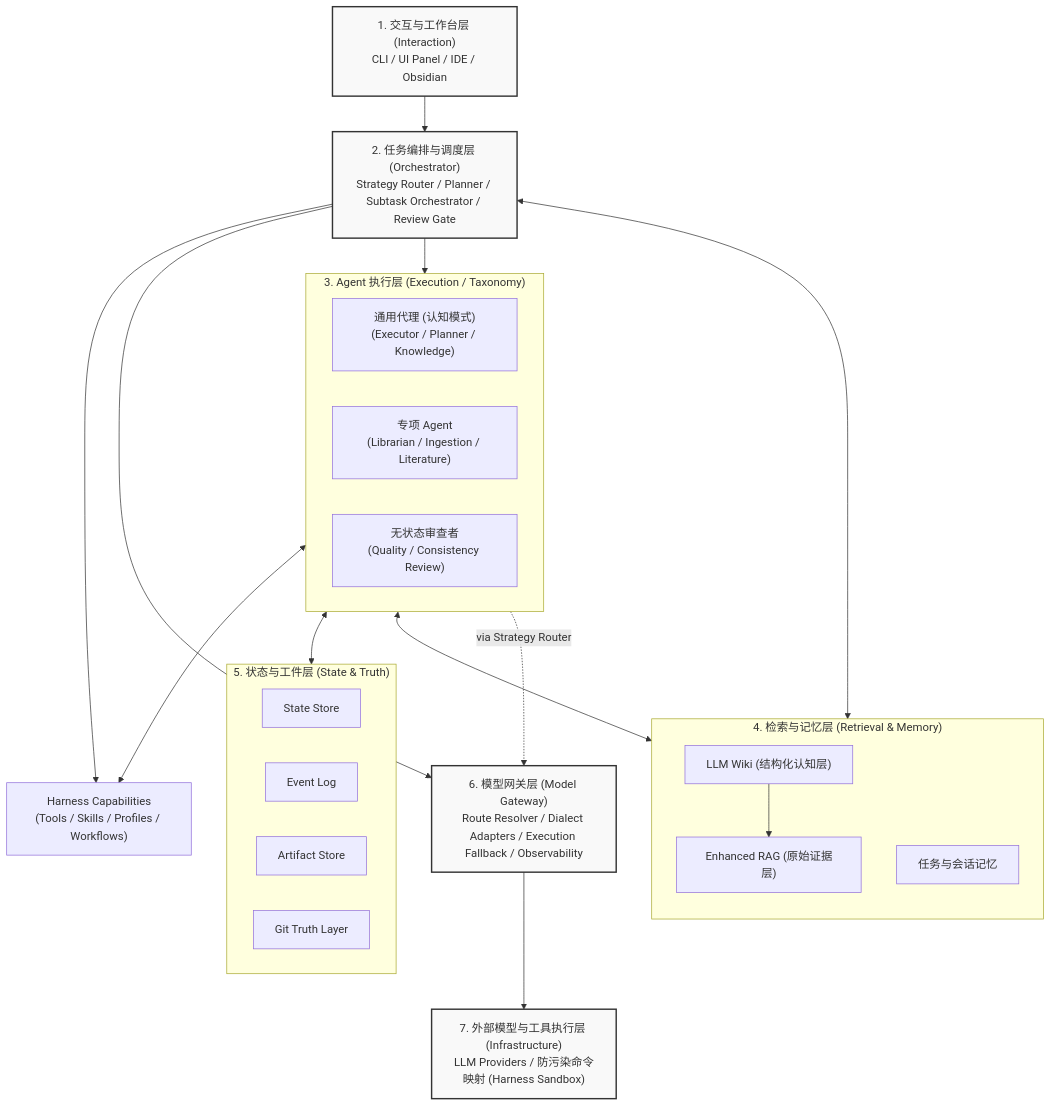
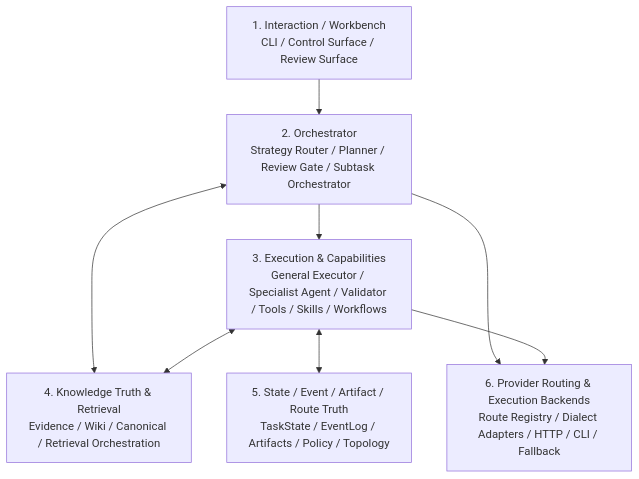
The diagram in docs/design/ARCHITECTURE.md (RocioGinsberg/swallow), drawn with Mermaid before and after one commit. The commit also changed other lines of this file, not shown here.

Commit message:
docs(architecture): refresh current baseline and remove design drift

````diff
--- a/docs/design/ARCHITECTURE.md
+++ b/docs/design/ARCHITECTURE.md
@@ -25,57 +54,17 @@
 ```mermaid
 graph TD
-    %% 交互层
-    UI["1. 交互与工作台层 (Interaction)<br/>CLI / UI Panel / IDE / Obsidian"]
+    UI["1. Interaction / Workbench<br/>CLI / Control Surface / Review Surface"]
+    ORCH["2. Orchestrator<br/>Strategy Router / Planner / Review Gate / Subtask Orchestrator"]
+    EXEC["3. Execution & Capabilities<br/>General Executor / Specialist Agent / Validator / Tools / Skills / Workflows"]
+    KNOW["4. Knowledge Truth & Retrieval<br/>Evidence / Wiki / Canonical / Retrieval Orchestration"]
+    STATE["5. State / Event / Artifact / Route Truth<br/>TaskState / EventLog / Artifacts / Policy / Topology"]
+    PROVIDER["6. Provider Routing & Execution Backends<br/>Route Registry / Dialect Adapters / HTTP / CLI / Fallback"]
 
-    %% 编排层
-    Orch["2. 任务编排与调度层 (Orchestrator)<br/>Strategy Router / Planner / Subtask Orchestrator / Review Gate"]
-
-    %% Agent层
-    subgraph AgentLayer ["3. Agent 执行层 (Execution / Taxonomy)"]
-        direction LR
-        General["通用代理 (认知模式)<br/>(Executor / Planner / Knowledge)"]
-        Specialist["专项 Agent<br/>(Librarian / Ingestion / Literature)"]
-        Validator["无状态审查者<br/>(Quality / Consistency Review)"]
-    end
-
-    %% 检索与记忆层
-    subgraph MemoryLayer ["4. 检索与记忆层 (Retrieval & Memory)"]
-        direction TB
-        Wiki["LLM Wiki (结构化认知层)"]
-        RAG["Enhanced RAG (原始证据层)"]
-        TaskMemory["任务与会话记忆"]
-        Wiki --> RAG
-    end
-
-    %% 状态与工件层
-    subgraph TruthLayer ["5. 状态与工件层 (State & Truth)"]
-        direction LR
-        State["State Store"]
-        Event["Event Log"]
-        Artifact["Artifact Store"]
-        Git["Git Truth Layer"]
-    end
-
-    %% 网关层
-    Gateway["6. 模型网关层 (Model Gateway)<br/>Route Resolver / Dialect Adapters / Execution Fallback / Observability"]
-
-    %% 供应层
-    Supply["7. 外部模型与工具执行层 (Infrastructure)<br/>LLM Providers / 防污染命令映射 (Harness Sandbox)"]
-
-    %% 核心扩展层
-    Harness["Harness Capabilities<br/>(Tools / Skills / Profiles / Workflows)"]
-
-    UI --> Orch
-    Orch --> AgentLayer
-    Orch <--> MemoryLayer
-    Orch --> Harness
-    AgentLayer <--> Harness
-    AgentLayer <--> TruthLayer
-    AgentLayer <--> MemoryLayer
-    Orch --> Gateway
-    AgentLayer -.->|via Strategy Router| Gateway
-    Gateway --> Supply
-
-    classDef core fill:#f9f9f9,stroke:#333,stroke-width:2px;
-    class UI,Orch,Gateway,Supply core;
+    UI --> ORCH
+    ORCH --> EXEC
+    ORCH <--> KNOW
+    EXEC <--> KNOW
+    EXEC <--> STATE
+    ORCH --> PROVIDER
+    EXEC --> PROVIDER
 ```
````
